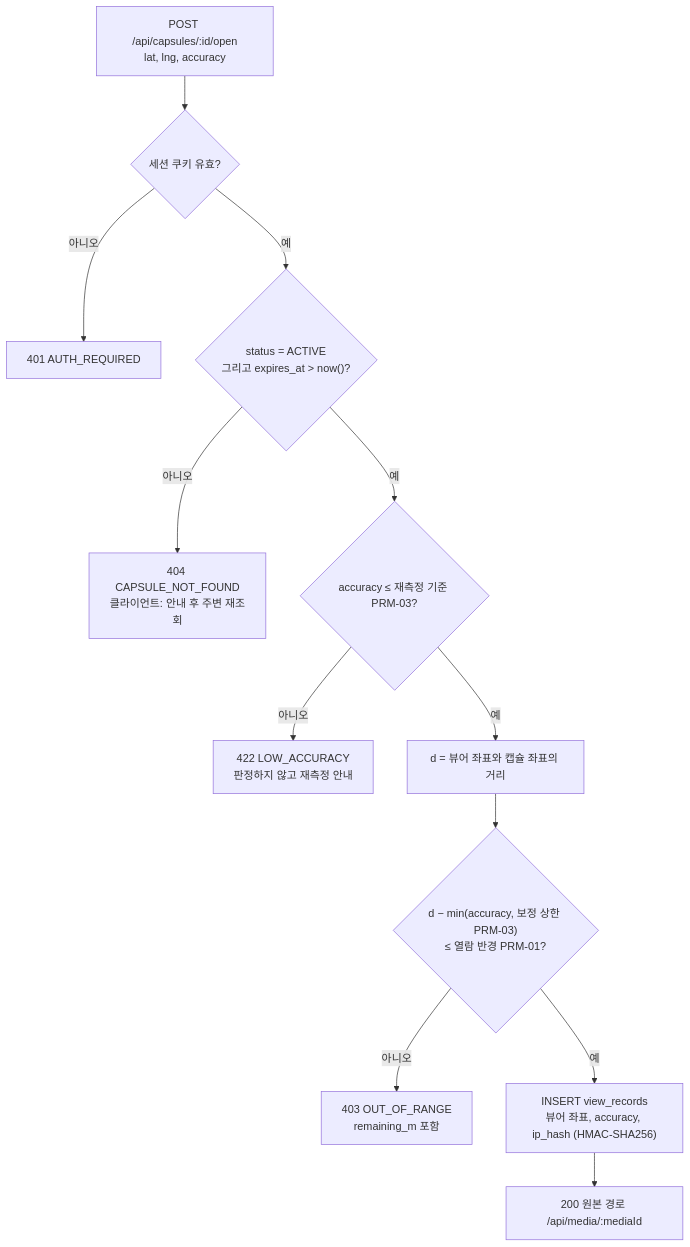
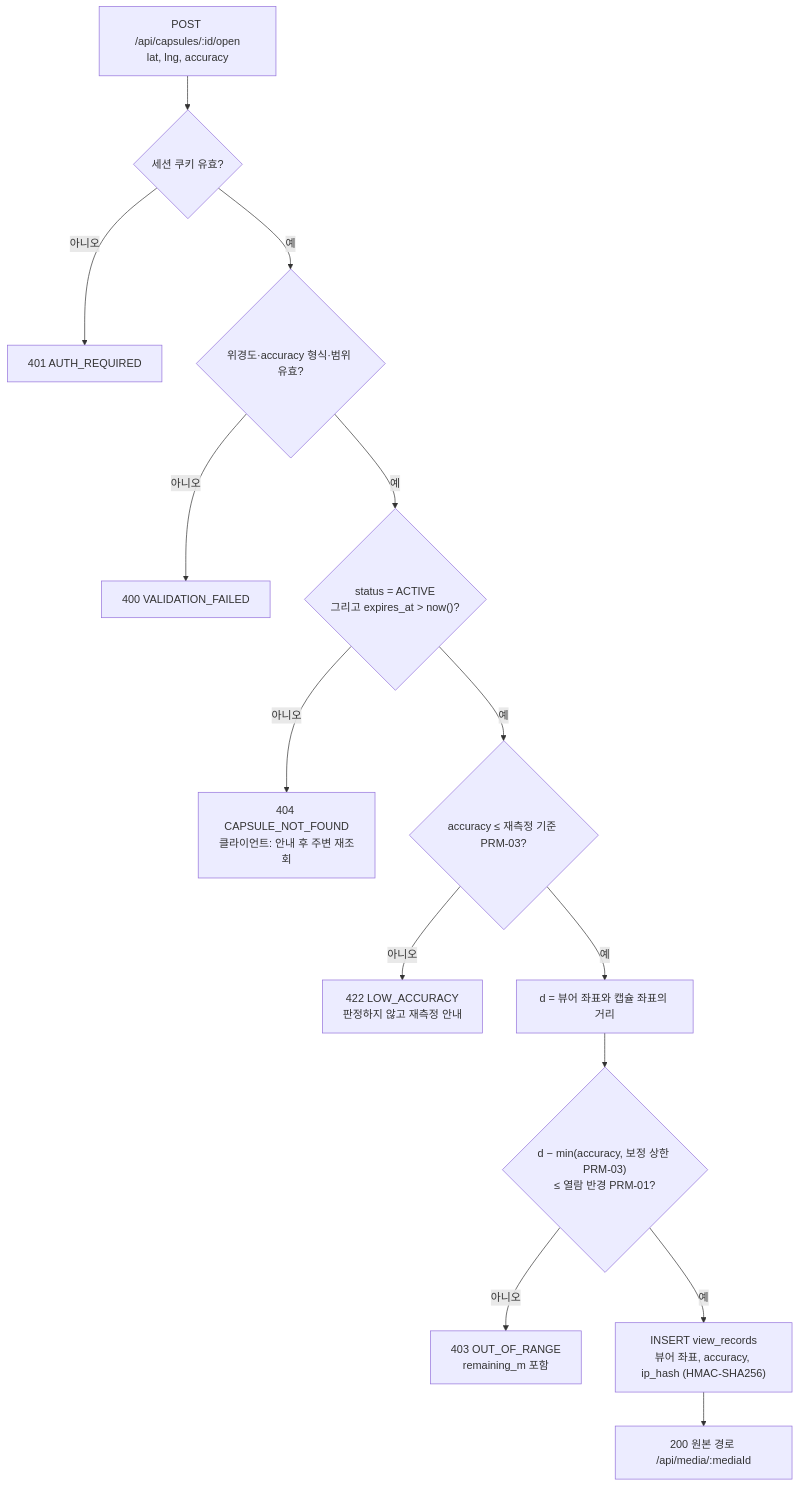
One commit to hyunboee/drop_app changed the third of 4 diagrams in docs/6-arch-diagram.md. Above: the diagram before and after it, drawn with Mermaid. The commit also changed other lines of this file and 7 other files, not shown here.

````diff
--- a/docs/6-arch-diagram.md
+++ b/docs/6-arch-diagram.md
@@ -100,14 +102,16 @@
 ```mermaid
 flowchart TD
   req["POST /api/capsules/:id/open<br/>lat, lng, accuracy"] --> auth{"세션 쿠키 유효?"}
   auth -->|"아니오"| e401["401 AUTH_REQUIRED"]
-  auth -->|"예"| found{"status = ACTIVE<br/>그리고 expires_at > now()?"}
+  auth -->|"예"| valid{"위경도·accuracy 형식·범위 유효?"}
+  valid -->|"아니오"| e400["400 VALIDATION_FAILED"]
+  valid -->|"예"| found{"status = ACTIVE<br/>그리고 expires_at > now()?"}
   found -->|"아니오"| e404["404 CAPSULE_NOT_FOUND<br/>클라이언트: 안내 후 주변 재조회"]
   found -->|"예"| acc{"accuracy ≤ 재측정 기준 PRM-03?"}
   acc -->|"아니오"| e422["422 LOW_ACCURACY<br/>판정하지 않고 재측정 안내"]
   acc -->|"예"| dist["d = 뷰어 좌표와 캡슐 좌표의 거리"]
   dist --> judge{"d − min(accuracy, 보정 상한 PRM-03)<br/>≤ 열람 반경 PRM-01?"}
   judge -->|"아니오"| e403["403 OUT_OF_RANGE<br/>remaining_m 포함"]
   judge -->|"예"| rec["INSERT view_records<br/>뷰어 좌표, accuracy, ip_hash (HMAC-SHA256)"]
   rec --> ok["200 원본 경로 /api/media/:mediaId"]
 ```
````
